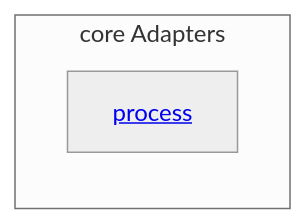
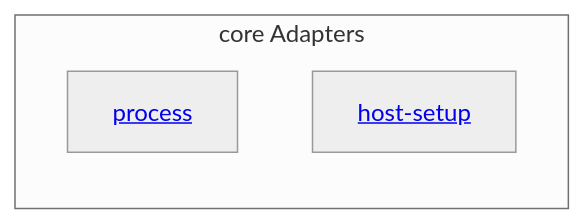
Before and after one commit to abstract-business-systems/as-is: the diagram in core/adapters/as-is.md, drawn with Mermaid (neutral theme). The commit also changed other lines of this file and 7 other files, not shown here.

````diff
--- a/core/adapters/as-is.md
+++ b/core/adapters/as-is.md
@@ -21,7 +22,8 @@
 ```mermaid
 flowchart TB
     subgraph Adapters["core Adapters"]
         direction TB
         Process["<a href='./process/as-is.md#design'>process</a>"]
+        HostSetup["<a href='./host-setup/as-is.md#design'>host-setup</a>"]
     end
 ```
````
